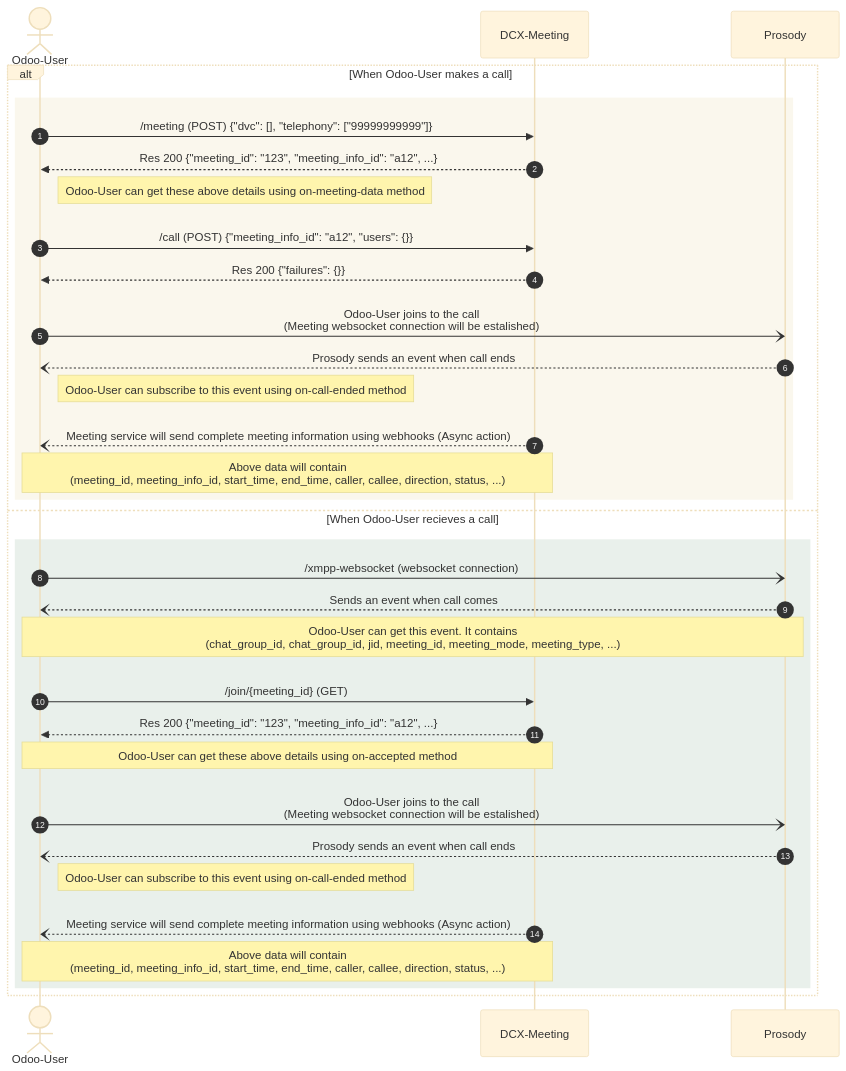
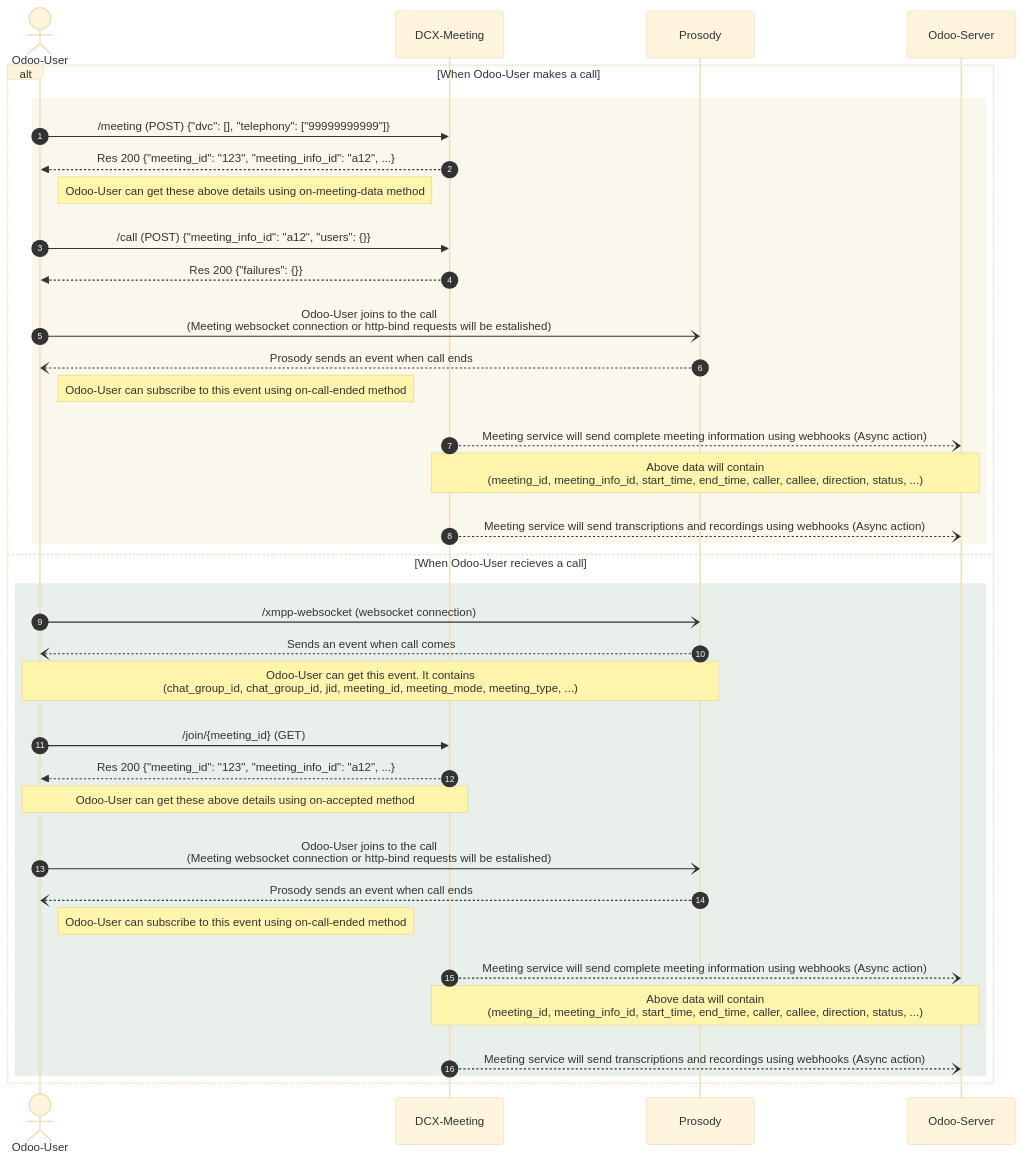
The second of 2 diagrams in DCX-CRM-Integration.md (rprasanth867/DCX-POC), drawn with Mermaid (base theme) before and after one commit. The commit also changed 1 other file, not shown here.

````diff
--- a/DCX-CRM-Integration.md
+++ b/DCX-CRM-Integration.md
@@ -79,44 +79,50 @@
 ```mermaid
 
 sequenceDiagram
     autonumber
     actor Odoo-User
     participant DCX-Meeting
+    participant Prosody
+    participant Odoo-Server
 
     alt When Odoo-User makes a call
         rect rgb(250, 247, 237)
             Odoo-User->>DCX-Meeting: /meeting (POST) {"dvc": [], "telephony": ["99999999999"]}
             DCX-Meeting-->>Odoo-User: Res 200 {"meeting_id": "123", "meeting_info_id": "a12", ...}
             Note right of Odoo-User: Odoo-User can get these above details using on-meeting-data method
         
             Odoo-User->>DCX-Meeting: <br/> /call (POST) {"meeting_info_id": "a12", "users": {}}
             DCX-Meeting-->>Odoo-User: Res 200 {"failures": {}}
     
-            Odoo-User-)Prosody: <br/> Odoo-User joins to the call<br />(Meeting websocket connection will be estalished)
+            Odoo-User-)Prosody: <br/> Odoo-User joins to the call<br />(Meeting websocket connection or http-bind requests will be estalished)
             Prosody--)Odoo-User: Prosody sends an event when call ends
             Note right of Odoo-User: Odoo-User can subscribe to this event using on-call-ended method
-    
-            DCX-Meeting--)Odoo-User: <br/> Meeting service will send complete meeting information using webhooks (Async action)
-            Note over Odoo-User, DCX-Meeting: Above data will contain<br />(meeting_id, meeting_info_id, start_time, end_time, caller, callee, direction, status, ...)
+
+            DCX-Meeting--)Odoo-Server: <br/> Meeting service will send complete meeting information using webhooks (Async action)
+            Note over DCX-Meeting, Odoo-Server: Above data will contain<br />(meeting_id, meeting_info_id, start_time, end_time, caller, callee, direction, status, ...)
+            DCX-Meeting--)Odoo-Server: <br/> Meeting service will send transcriptions and recordings using webhooks (Async action)
         end
     else When Odoo-User recieves a call
         rect rgb(233, 240, 235)
             Odoo-User-)Prosody: /xmpp-websocket (websocket connection)
             Prosody--)Odoo-User: Sends an event when call comes
             Note over Odoo-User, Prosody: Odoo-User can get this event. It contains <br /> (chat_group_id, chat_group_id, jid, meeting_id, meeting_mode, meeting_type, ...)
 
             Odoo-User->>DCX-Meeting: <br/> /join/{meeting_id} (GET)
             DCX-Meeting-->>Odoo-User: Res 200 {"meeting_id": "123", "meeting_info_id": "a12", ...}
             Note over Odoo-User, DCX-Meeting: Odoo-User can get these above details using on-accepted method
 
-            Odoo-User-)Prosody: <br/> Odoo-User joins to the call<br />(Meeting websocket connection will be estalished)
+            Odoo-User-)Prosody: <br/> Odoo-User joins to the call<br />(Meeting websocket connection or http-bind requests will be estalished)
             Prosody--)Odoo-User: Prosody sends an event when call ends
             Note right of Odoo-User: Odoo-User can subscribe to this event using on-call-ended method
-            DCX-Meeting--)Odoo-User: <br/> Meeting service will send complete meeting information using webhooks (Async action)
-            Note over Odoo-User, DCX-Meeting: Above data will contain<br />(meeting_id, meeting_info_id, start_time, end_time, caller, callee, direction, status, ...)
+
+            DCX-Meeting--)Odoo-Server: <br/> Meeting service will send complete meeting information using webhooks (Async action)
+            Note over DCX-Meeting, Odoo-Server: Above data will contain<br />(meeting_id, meeting_info_id, start_time, end_time, caller, callee, direction, status, ...)
+            DCX-Meeting--)Odoo-Server: <br/> Meeting service will send transcriptions and recordings using webhooks (Async action)
         end
     end
 
 
 
+
 ```
````
